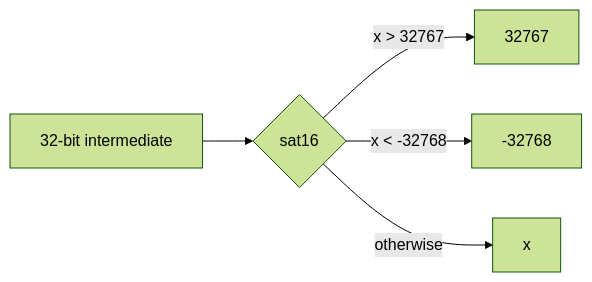
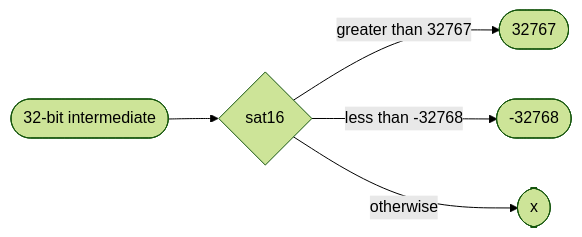
Before and after one commit to Rushmello369/fpga-feed-handler: the sixth of 6 diagrams in docs/diagrams/feature_engine.md, drawn with Mermaid (forest theme). The commit also changed other lines of this file and 12 other files, not shown here.

Commit message:
add diagrams for system and module architectures

````diff
--- a/docs/diagrams/feature_engine.md
+++ b/docs/diagrams/feature_engine.md
@@ -182,7 +145,7 @@
 ```mermaid
 flowchart LR
-    X["32-bit intermediate"] --> S{"sat16"}
-    S -->|"x > 32767"| H["32767"]
-    S -->|"x < -32768"| L["-32768"]
-    S -->|otherwise| P["x"]
+    X([32-bit intermediate]) --> S{sat16}
+    S -->|greater than 32767| H([32767])
+    S -->|less than -32768| L([-32768])
+    S -->|otherwise| P([x])
 ```
````
